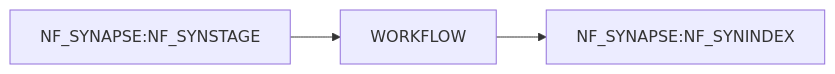
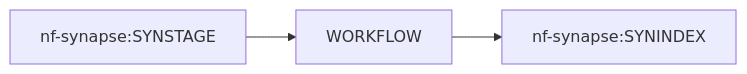
Before and after one commit to Sage-Bionetworks-Workflows/nf-synapse: the diagram in README.md, drawn with Mermaid. The commit also changed other lines of this file and 1 other file, not shown here.

````diff
--- a/README.md
+++ b/README.md
@@ -30,5 +30,5 @@
 ```mermaid
 flowchart LR;
-   A[NF_SYNAPSE:NF_SYNSTAGE]-->B[WORKFLOW];
-   B-->C[NF_SYNAPSE:NF_SYNINDEX];
+   A[nf-synapse:SYNSTAGE]-->B[WORKFLOW];
+   B-->C[nf-synapse:SYNINDEX];
 ```
````
